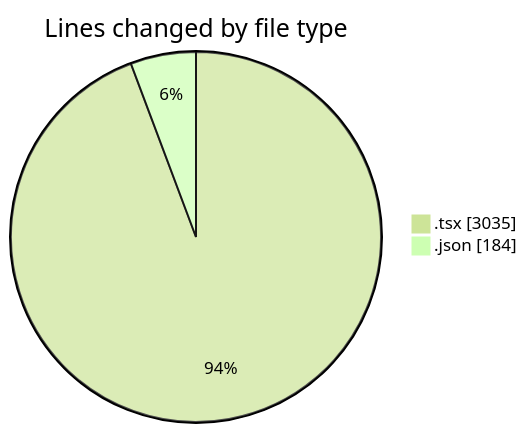
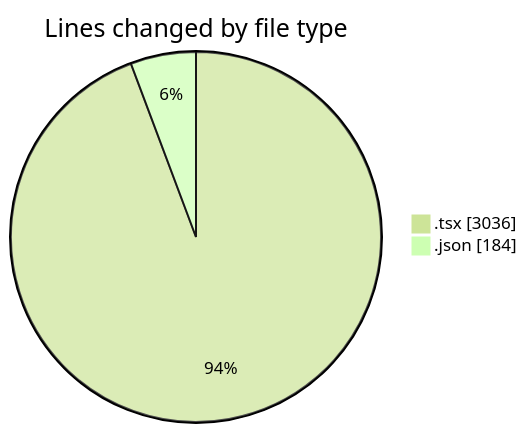
The first of 2 diagrams in 2025-11-21/cda/README.md (momahboobian/code-tracking), drawn with Mermaid (forest theme) before and after one commit. The commit also changed other lines of this file and 1 other file, not shown here.

````diff
--- a/2025-11-21/cda/README.md
+++ b/2025-11-21/cda/README.md
@@ -25,6 +25,6 @@
 ```mermaid
 pie showData
 title Lines changed by file type
-".tsx" : 3035
+".tsx" : 3036
 ".json" : 184
 ```
````
